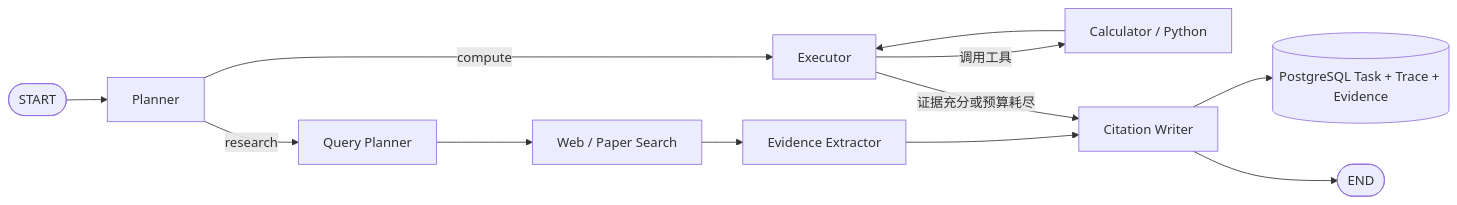
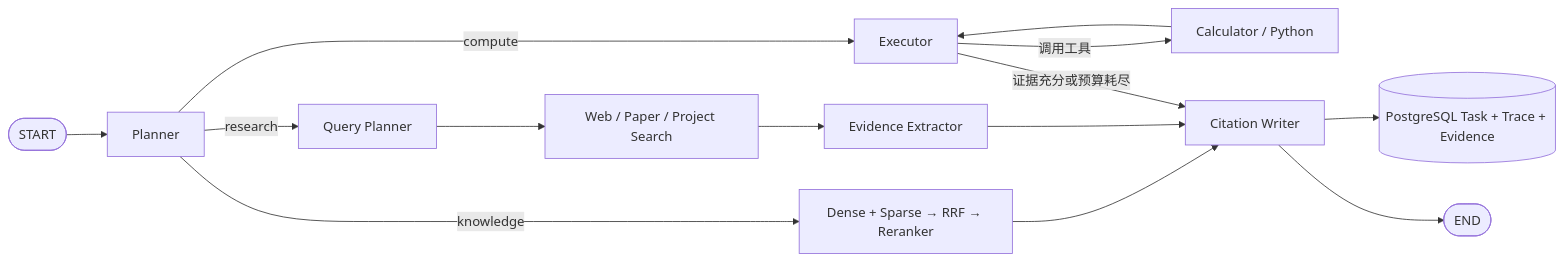
Before and after one commit to windskyther/AutoScholar: the diagram in README.md, drawn with Mermaid. The commit also changed other lines of this file, not shown here.

````diff
--- a/README.md
+++ b/README.md
@@ -26,14 +31,16 @@
 ```mermaid
 flowchart LR
     S([START]) --> P[Planner]
     P -->|compute| E[Executor]
     E -->|调用工具| T[Calculator / Python]
     T --> E
     P -->|research| Q[Query Planner]
-    Q --> R[Web / Paper Search]
+    Q --> R[Web / Paper / Project Search]
     R --> V[Evidence Extractor]
+    P -->|knowledge| K[Dense + Sparse → RRF → Reranker]
+    K --> W
     V --> W[Citation Writer]
     E -->|证据充分或预算耗尽| W
     W --> X[(PostgreSQL Task + Trace + Evidence)]
     W --> F([END])
 ```
````
